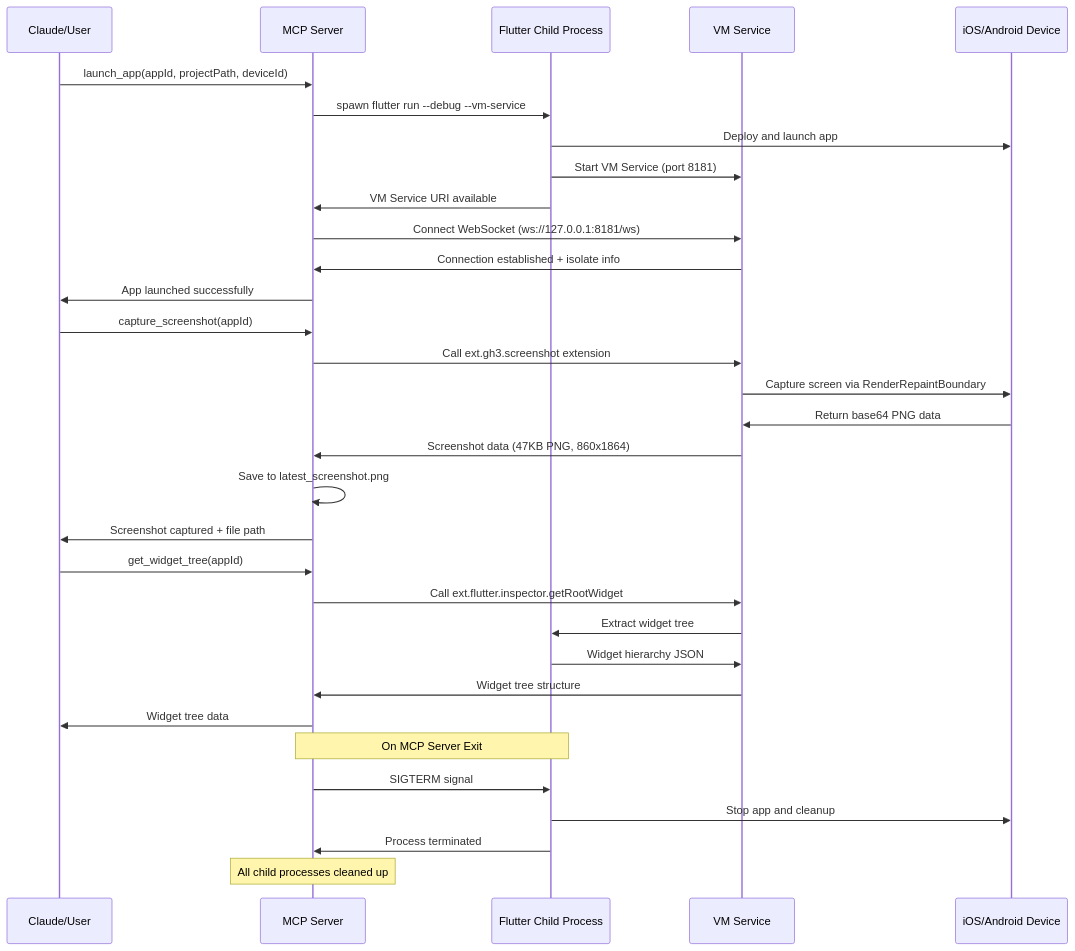
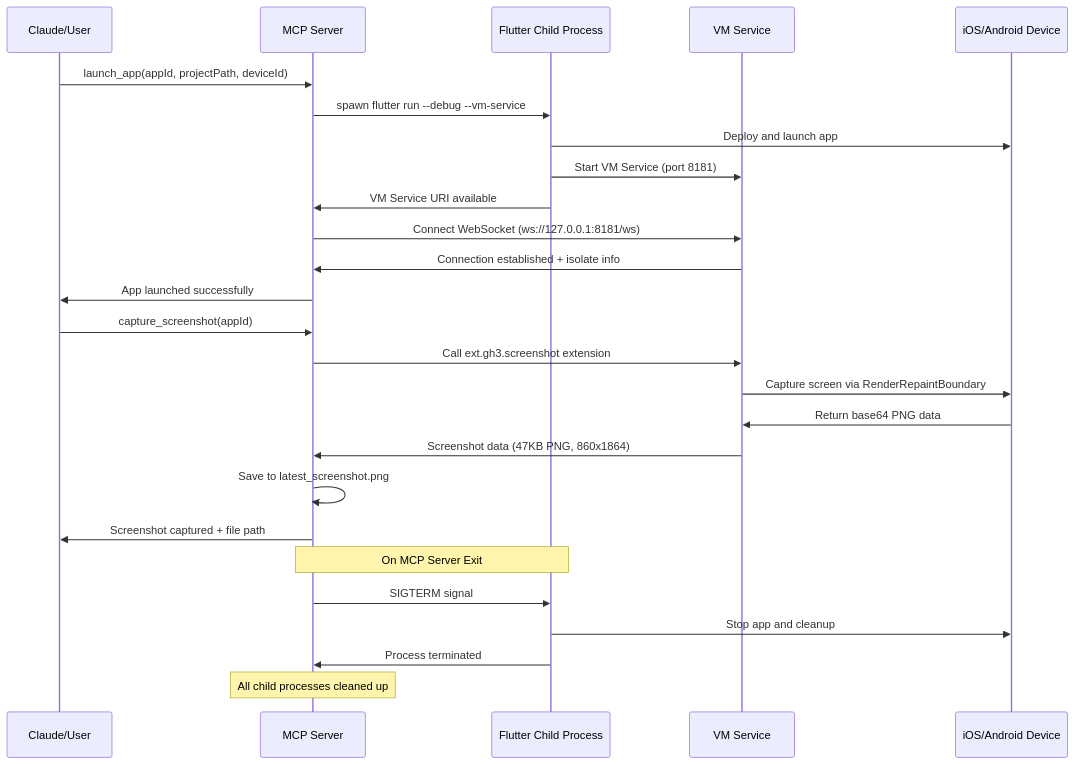
Before and after one commit to jacobdam/gh3: the diagram in mcp_flutter_automation/README.md, drawn with Mermaid. The commit also changed other lines of this file and 14 other files, not shown here.

````diff
--- a/mcp_flutter_automation/README.md
+++ b/mcp_flutter_automation/README.md
@@ -147,38 +130,32 @@
 ```mermaid
 sequenceDiagram
     participant Claude as Claude/User
     participant MCP as MCP Server
     participant Flutter as Flutter Child Process
     participant VM as VM Service
     participant Device as iOS/Android Device
 
     Claude->>MCP: launch_app(appId, projectPath, deviceId)
     MCP->>Flutter: spawn flutter run --debug --vm-service
     Flutter->>Device: Deploy and launch app
     Flutter->>VM: Start VM Service (port 8181)
     Flutter->>MCP: VM Service URI available
     MCP->>VM: Connect WebSocket (ws://127.0.0.1:8181/ws)
     VM->>MCP: Connection established + isolate info
     MCP->>Claude: App launched successfully
 
     Claude->>MCP: capture_screenshot(appId)
     MCP->>VM: Call ext.gh3.screenshot extension
     VM->>Device: Capture screen via RenderRepaintBoundary
     Device->>VM: Return base64 PNG data
     VM->>MCP: Screenshot data (47KB PNG, 860x1864)
     MCP->>MCP: Save to latest_screenshot.png
     MCP->>Claude: Screenshot captured + file path
 
-    Claude->>MCP: get_widget_tree(appId)
-    MCP->>VM: Call ext.flutter.inspector.getRootWidget
-    VM->>Flutter: Extract widget tree
-    Flutter->>VM: Widget hierarchy JSON
-    VM->>MCP: Widget tree structure
-    MCP->>Claude: Widget tree data
 
     Note over MCP,Flutter: On MCP Server Exit
     MCP->>Flutter: SIGTERM signal
     Flutter->>Device: Stop app and cleanup
     Flutter->>MCP: Process terminated
     Note over MCP: All child processes cleaned up
 ```
````
